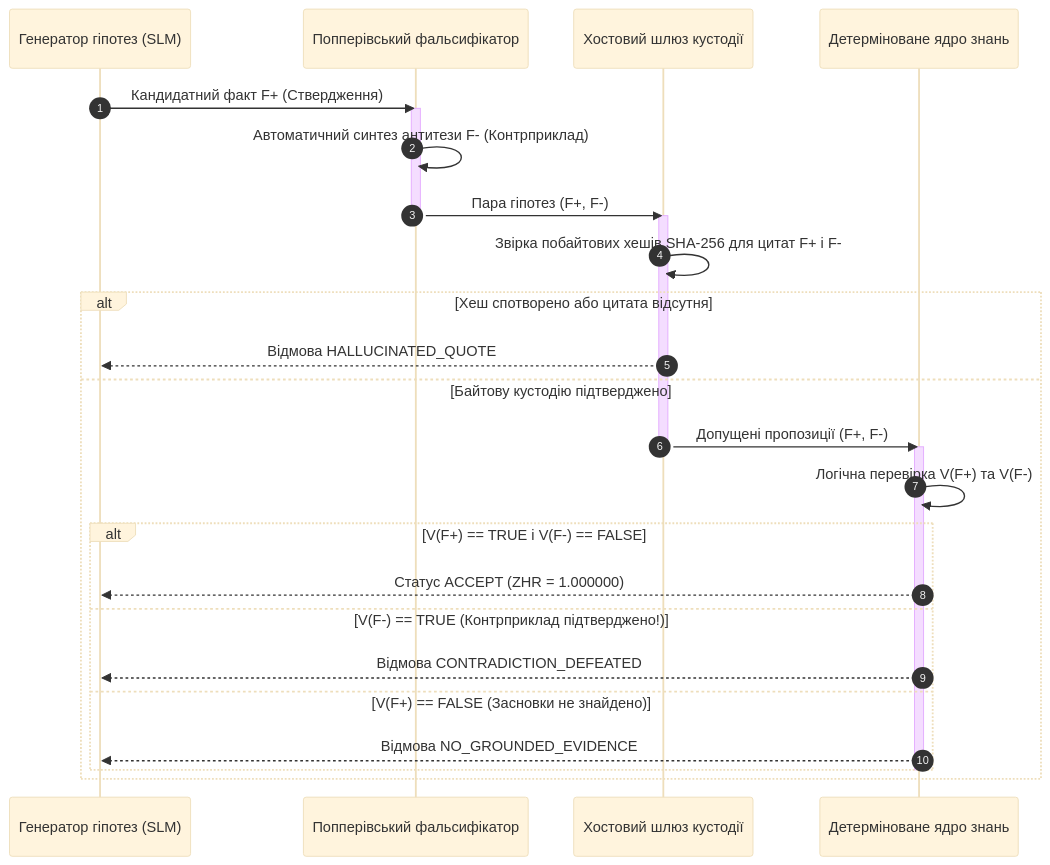
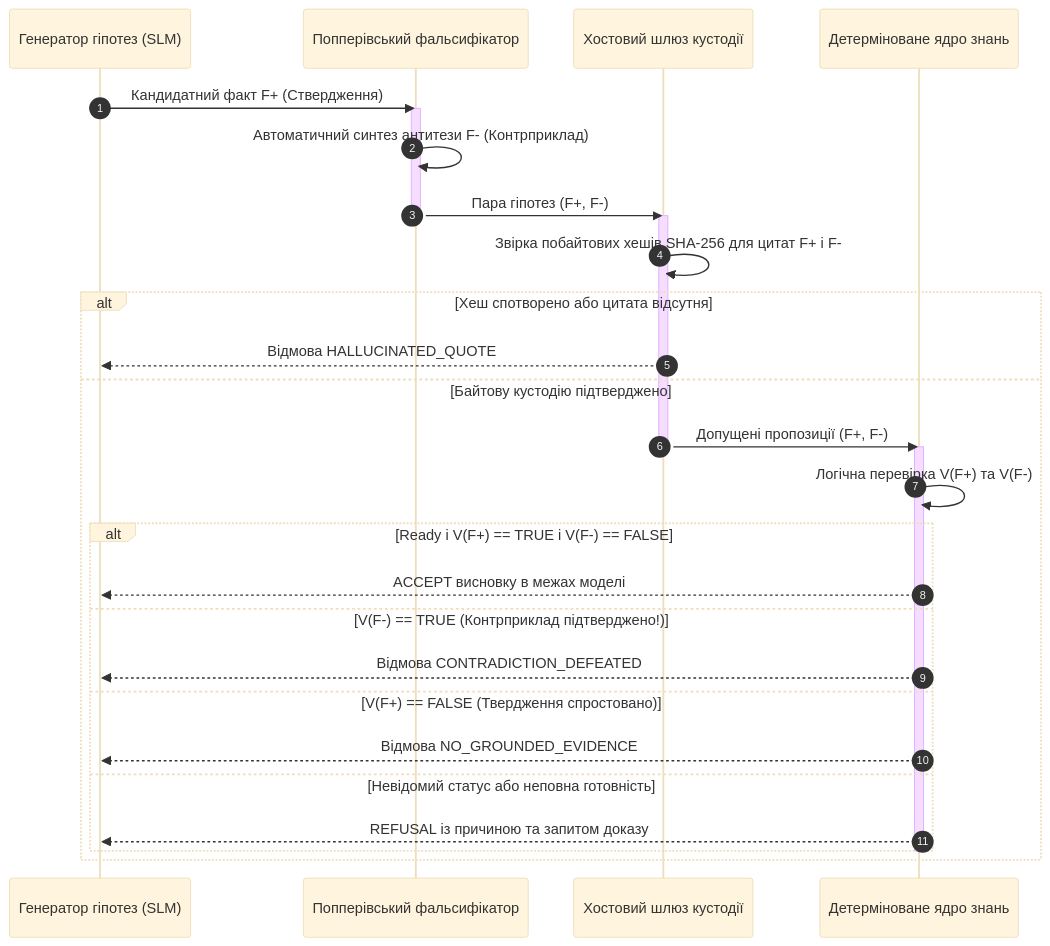
Before and after one commit to nick-fedchik/articles: the third of 6 diagrams in ExpertSystem/ch38-curing-machine-hallucinations-and-knowledge-deficits.md, drawn with Mermaid (base theme). The commit also changed other lines of this file and 7 other files, not shown here.

````diff
--- a/ExpertSystem/ch38-curing-machine-hallucinations-and-knowledge-deficits.md
+++ b/ExpertSystem/ch38-curing-machine-hallucinations-and-knowledge-deficits.md
@@ -266,34 +327,38 @@
 ```mermaid
 sequenceDiagram
+	accTitle: Перевірка твердження й антитези без підміни невідомого хибним
+	accDescr: Байтовий шлюз перевіряє цитати, логічний верифікатор перевіряє зміст і готовність; невідомість веде до відмови.
     autonumber
     participant Gen as Генератор гіпотез (SLM)
     participant Falsifier as Попперівський фальсифікатор
     participant Gate as Хостовий шлюз кустодії
     participant Verifier as Детерміноване ядро знань
 
     Gen->>Falsifier: Кандидатний факт F+ (Ствердження)
     activate Falsifier
     Falsifier->>Falsifier: Автоматичний синтез антитези F- (Контрприклад)
     Falsifier->>Gate: Пара гіпотез (F+, F-)
     deactivate Falsifier
 
     activate Gate
     Gate->>Gate: Звірка побайтових хешів SHA-256 для цитат F+ і F-
     alt Хеш спотворено або цитата відсутня
         Gate-->>Gen: Відмова HALLUCINATED_QUOTE
     else Байтову кустодію підтверджено
         Gate->>Verifier: Допущені пропозиції (F+, F-)
         deactivate Gate
         activate Verifier
         Verifier->>Verifier: Логічна перевірка V(F+) та V(F-)
 
-        alt V(F+) == TRUE і V(F-) == FALSE
-            Verifier-->>Gen: Статус ACCEPT (ZHR = 1.000000)
+		alt Ready і V(F+) == TRUE і V(F-) == FALSE
+			Verifier-->>Gen: ACCEPT висновку в межах моделі
         else V(F-) == TRUE (Контрприклад підтверджено!)
             Verifier-->>Gen: Відмова CONTRADICTION_DEFEATED
-        else V(F+) == FALSE (Засновки не знайдено)
+		else V(F+) == FALSE (Твердження спростовано)
             Verifier-->>Gen: Відмова NO_GROUNDED_EVIDENCE
+		else Невідомий статус або неповна готовність
+			Verifier-->>Gen: REFUSAL із причиною та запитом доказу
         end
         deactivate Verifier
     end
 ```
````
